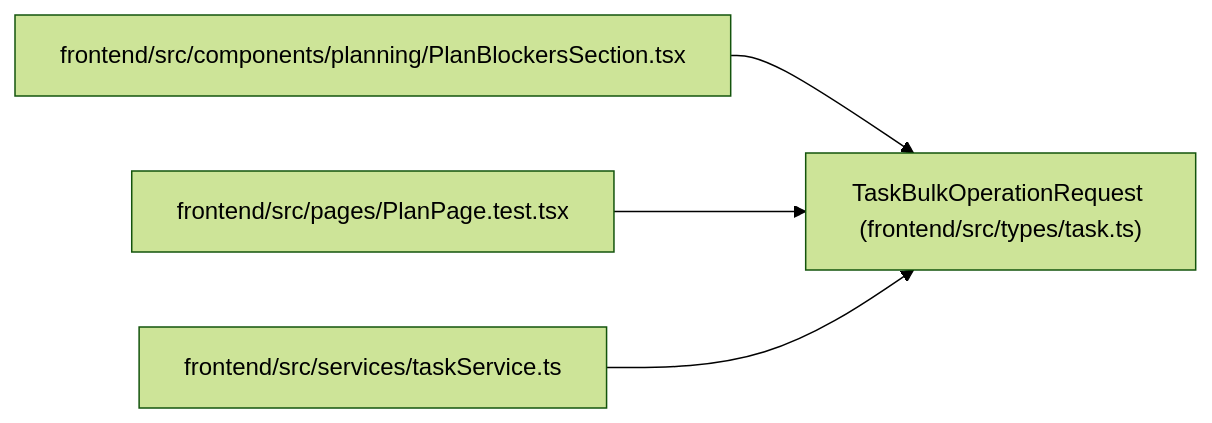
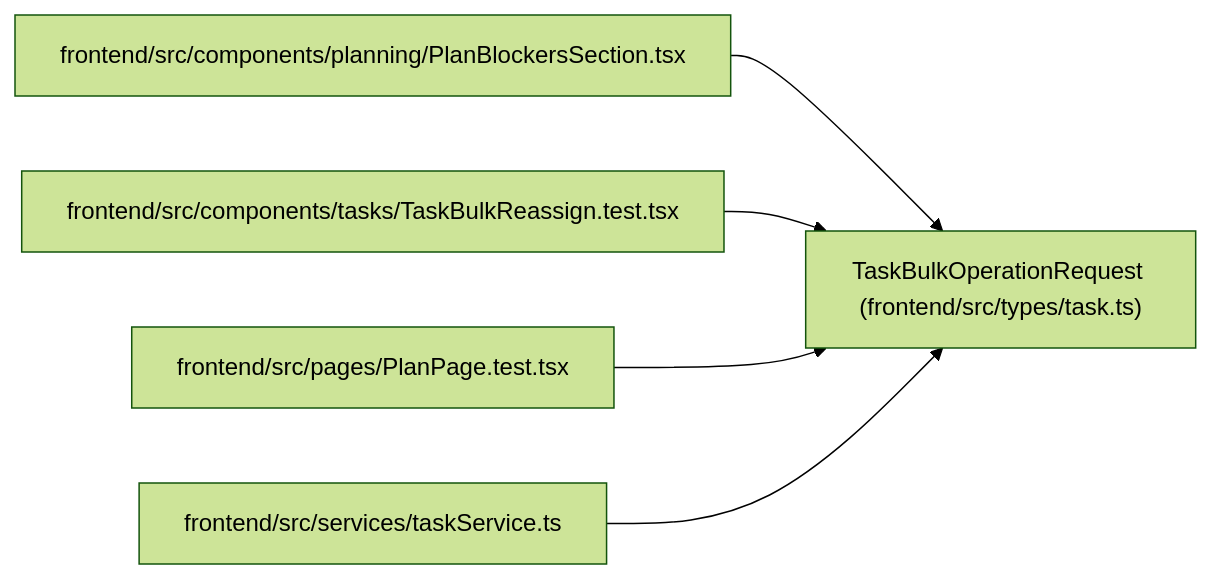
Before and after one commit to Denissvgn/WorkChord: the diagram in docs/llm_wiki/entities/types_task_TaskBulkOperationRequest.md, drawn with Mermaid (forest theme). The commit also changed other lines of this file and 728 other files, not shown here.

Commit message:
Sync the architectural wiki for the reassign reviewer warning

````diff
--- a/docs/llm_wiki/entities/types_task_TaskBulkOperationRequest.md
+++ b/docs/llm_wiki/entities/types_task_TaskBulkOperationRequest.md
@@ -30,14 +30,17 @@
 ```mermaid
 flowchart LR
     n0["TaskBulkOperationRequest (frontend/src/types/task.ts)"]
     n1["frontend/src/components/planning/PlanBlockersSection.tsx"]
-    n2["frontend/src/pages/PlanPage.test.tsx"]
-    n3["frontend/src/services/taskService.ts"]
+    n2["frontend/src/components/tasks/TaskBulkReassign.test.tsx"]
+    n3["frontend/src/pages/PlanPage.test.tsx"]
+    n4["frontend/src/services/taskService.ts"]
     n1 --> n0
     n2 --> n0
     n3 --> n0
+    n4 --> n0
     click n0 "../modules/types_task.md"
     click n1 "../modules/PlanBlockersSection.md"
-    click n2 "../modules/PlanPage.test.md"
-    click n3 "../modules/taskService.md"
+    click n2 "../modules/TaskBulkReassign.test.md"
+    click n3 "../modules/PlanPage.test.md"
+    click n4 "../modules/taskService.md"
 ```
````
